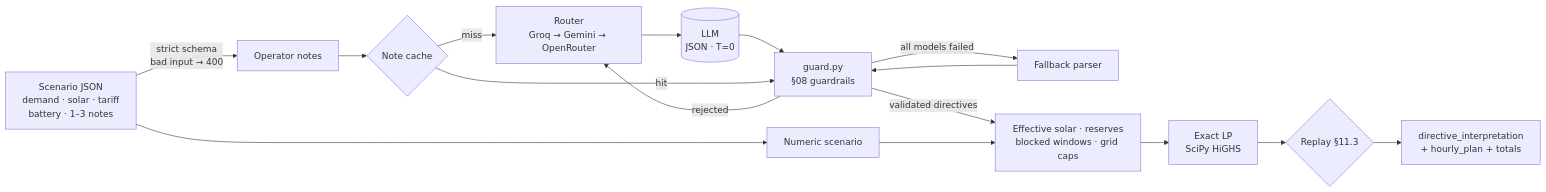
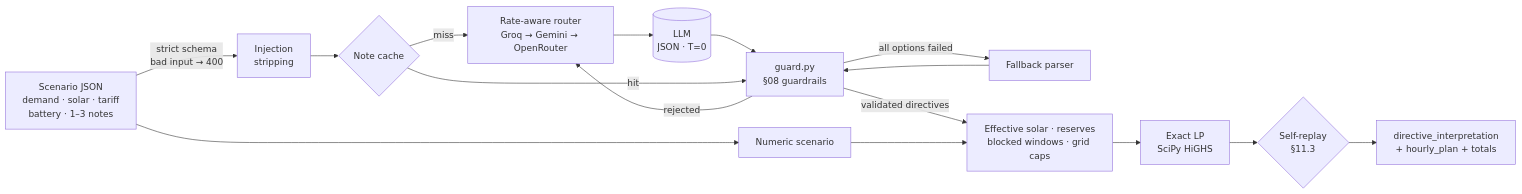
The diagram in README.md (Aalvee-Aarham/bup_hack), drawn with Mermaid before and after one commit. The commit also changed other lines of this file, not shown here.

````diff
--- a/README.md
+++ b/README.md
@@ -114,17 +121,17 @@
 ```mermaid
 flowchart LR
-    REQ[Scenario JSON<br/>demand · solar · tariff<br/>battery · 1–3 notes] -->|strict schema<br/>bad input → 400| NOTES[Operator notes]
+    REQ[Scenario JSON<br/>demand · solar · tariff<br/>battery · 1–3 notes] -->|strict schema<br/>bad input → 400| STRIP[Injection<br/>stripping]
     REQ --> DATA[Numeric scenario]
-    NOTES --> CACHE{Note cache}
-    CACHE -->|miss| ROUTER[Router<br/>Groq → Gemini → OpenRouter]
+    STRIP --> CACHE{Note cache}
+    CACHE -->|miss| ROUTER[Rate-aware router<br/>Groq → Gemini → OpenRouter]
     ROUTER --> LLM[(LLM<br/>JSON · T=0)]
     LLM --> G[guard.py<br/>§08 guardrails]
     CACHE -->|hit| G
     G -->|rejected| ROUTER
-    G -->|all models failed| RX[Fallback parser] --> G
+    G -->|all options failed| RX[Fallback parser] --> G
     G -->|validated directives| MODEL[Effective solar · reserves<br/>blocked windows · grid caps]
     DATA --> MODEL
     MODEL --> LP[Exact LP<br/>SciPy HiGHS]
-    LP --> REPLAY{Replay §11.3}
+    LP --> REPLAY{Self-replay<br/>§11.3}
     REPLAY --> OUT[directive_interpretation<br/>+ hourly_plan + totals]
 ```
````
